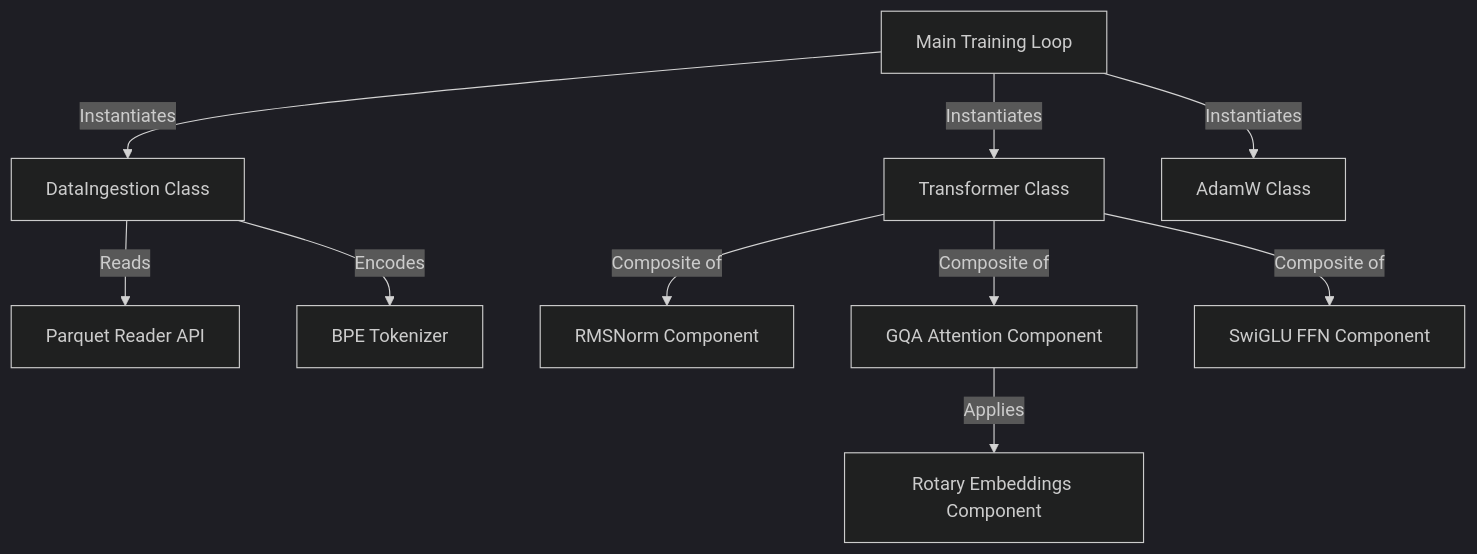
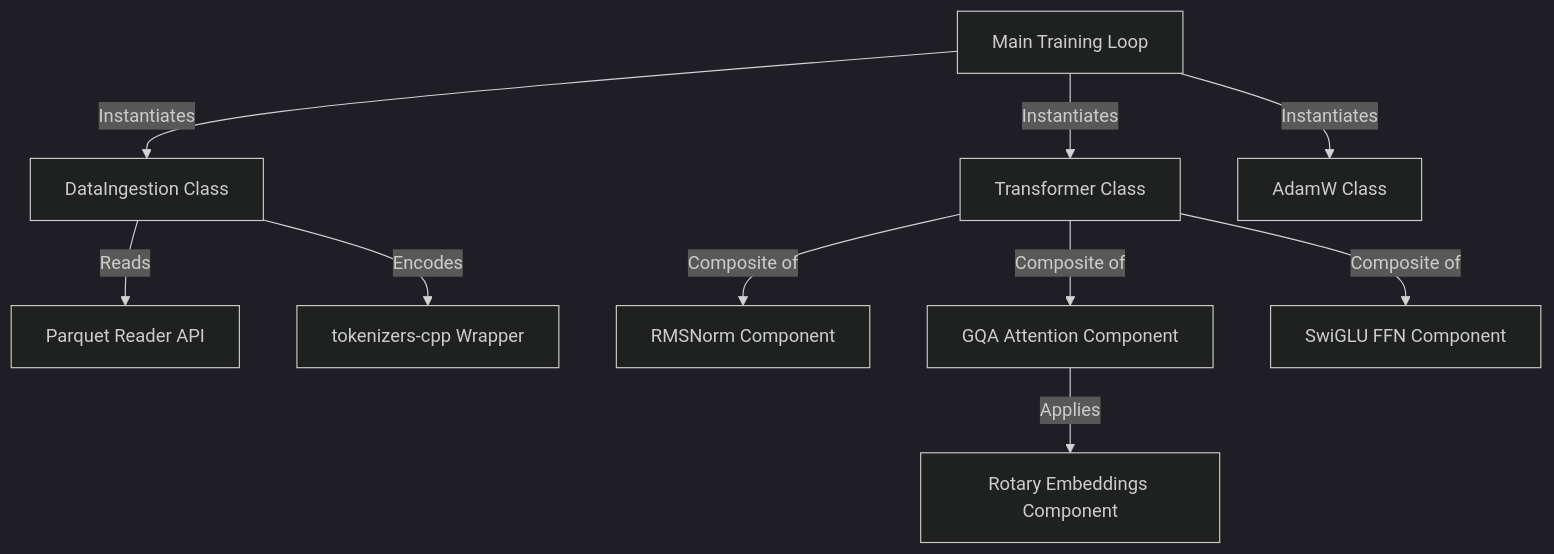
One commit to rahul238xaviers/large-language-model changed the third of 3 diagrams in cpp/doc/c4_sprint_plan.md. Above: the diagram before and after it, drawn with Mermaid (dark theme). The commit also changed other lines of this file and 5 other files, not shown here.

Commit message:
feat: implement in-memory tokenizer initialization via tiktoken/tokenizers-cpp and introduce new Tensor class.

````diff
--- a/cpp/doc/c4_sprint_plan.md
+++ b/cpp/doc/c4_sprint_plan.md
@@ -53,15 +54,15 @@
 ```mermaid
 graph TD
     Trainer[Main Training Loop] -->|Instantiates| DataIngestion[DataIngestion Class]
     Trainer -->|Instantiates| Transformer[Transformer Class]
     Trainer -->|Instantiates| AdamW[AdamW Class]
     
     DataIngestion -->|Reads| ParquetReader[Parquet Reader API]
-    DataIngestion -->|Encodes| BPETokenizer[BPE Tokenizer]
+    DataIngestion -->|Encodes| Tokenizer[tokenizers-cpp Wrapper]
     
     Transformer -->|Composite of| RMSNorm[RMSNorm Component]
     Transformer -->|Composite of| Attention[GQA Attention Component]
     Transformer -->|Composite of| SwiGLU[SwiGLU FFN Component]
     
     Attention -->|Applies| RoPE[Rotary Embeddings Component]
 ```
````
